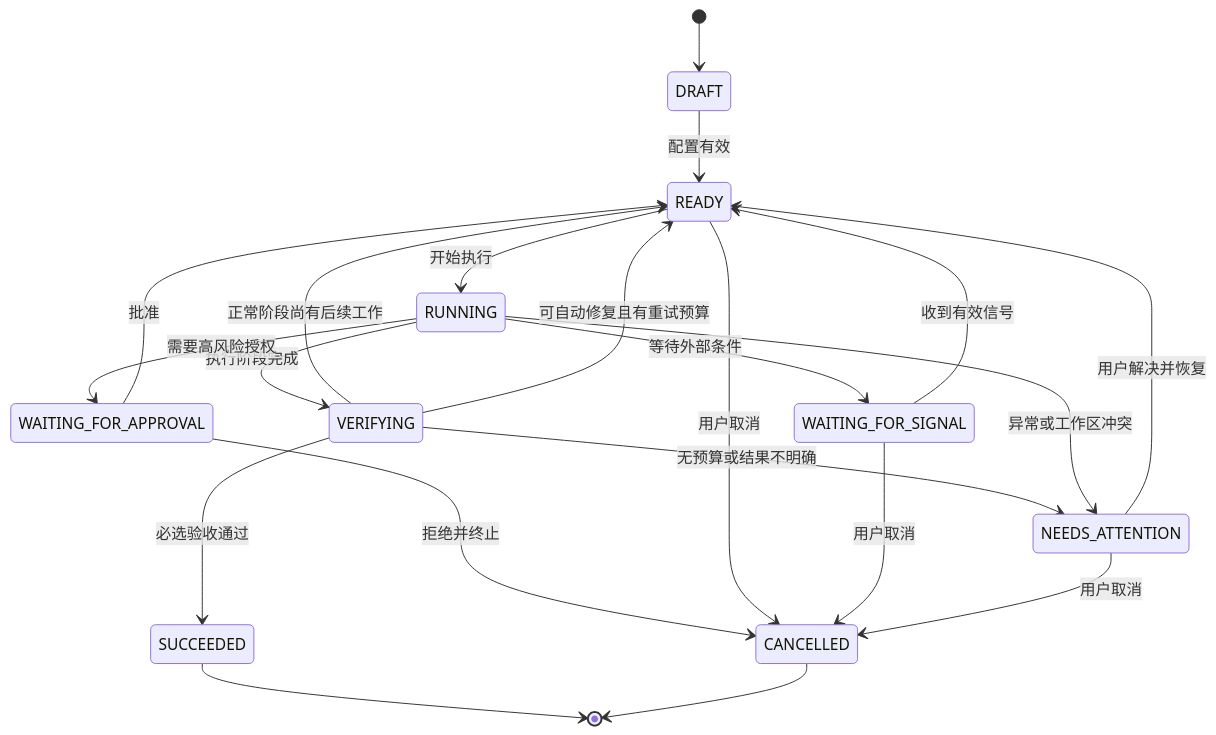
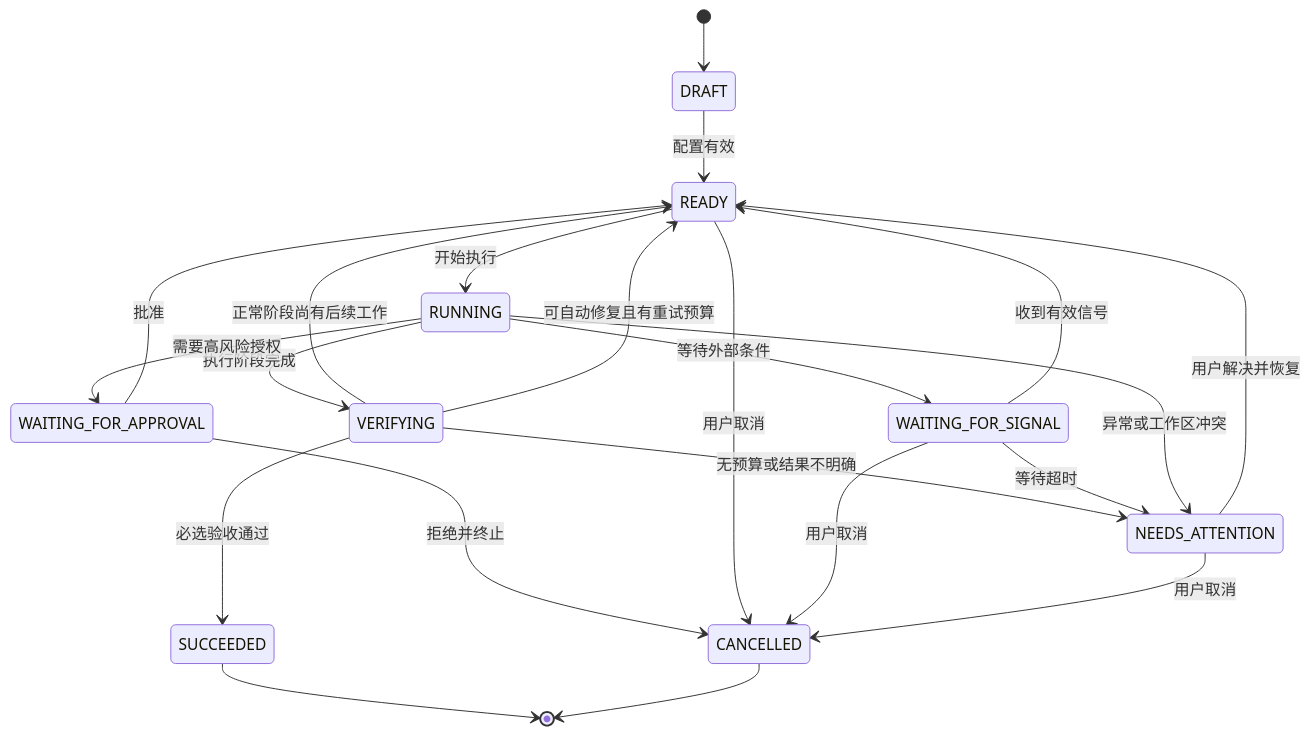
The diagram in 04-state-machine.md (Wayne62314/ai-agent-orchestrator), drawn with Mermaid before and after one commit. The commit also changed other lines of this file and 20 other files, not shown here.

````diff
--- a/04-state-machine.md
+++ b/04-state-machine.md
@@ -5,23 +5,24 @@
 ```mermaid
 stateDiagram-v2
     [*] --> DRAFT
     DRAFT --> READY: 配置有效
     READY --> RUNNING: 开始执行
     RUNNING --> VERIFYING: 执行阶段完成
     VERIFYING --> SUCCEEDED: 必选验收通过
     VERIFYING --> READY: 正常阶段尚有后续工作
     VERIFYING --> READY: 可自动修复且有重试预算
     VERIFYING --> NEEDS_ATTENTION: 无预算或结果不明确
     RUNNING --> WAITING_FOR_SIGNAL: 等待外部条件
     RUNNING --> WAITING_FOR_APPROVAL: 需要高风险授权
     WAITING_FOR_SIGNAL --> READY: 收到有效信号
+    WAITING_FOR_SIGNAL --> NEEDS_ATTENTION: 等待超时
     WAITING_FOR_APPROVAL --> READY: 批准
     WAITING_FOR_APPROVAL --> CANCELLED: 拒绝并终止
     RUNNING --> NEEDS_ATTENTION: 异常或工作区冲突
     READY --> CANCELLED: 用户取消
     WAITING_FOR_SIGNAL --> CANCELLED: 用户取消
     NEEDS_ATTENTION --> READY: 用户解决并恢复
     NEEDS_ATTENTION --> CANCELLED: 用户取消
     SUCCEEDED --> [*]
     CANCELLED --> [*]
 ```
````
